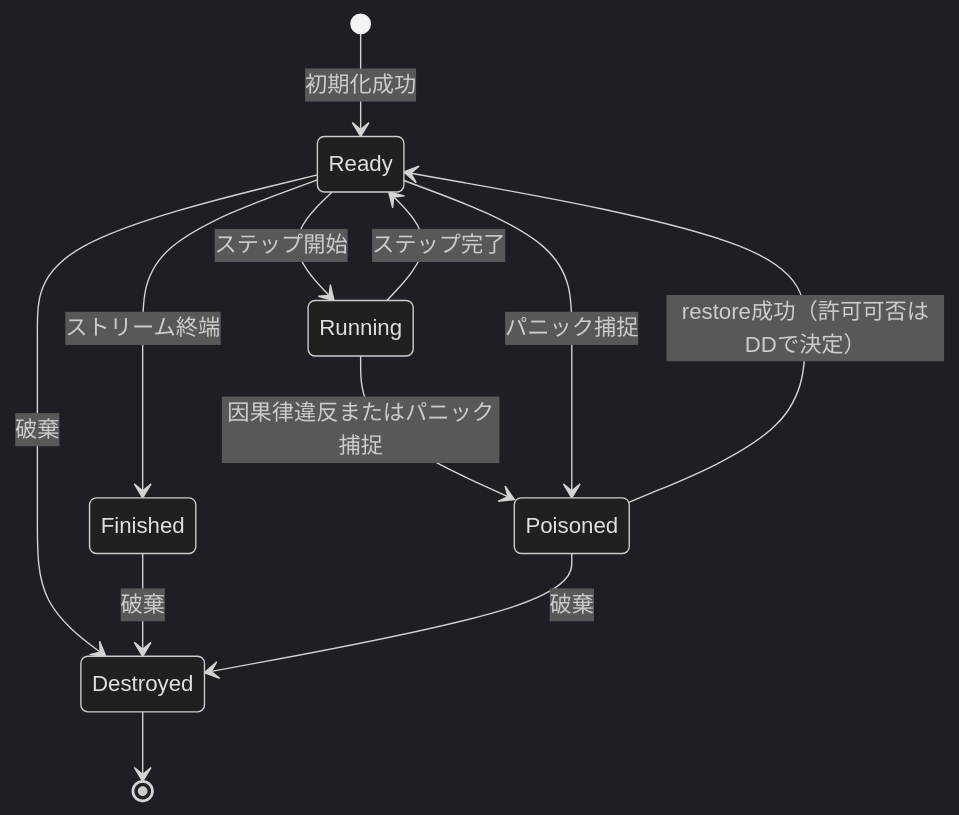
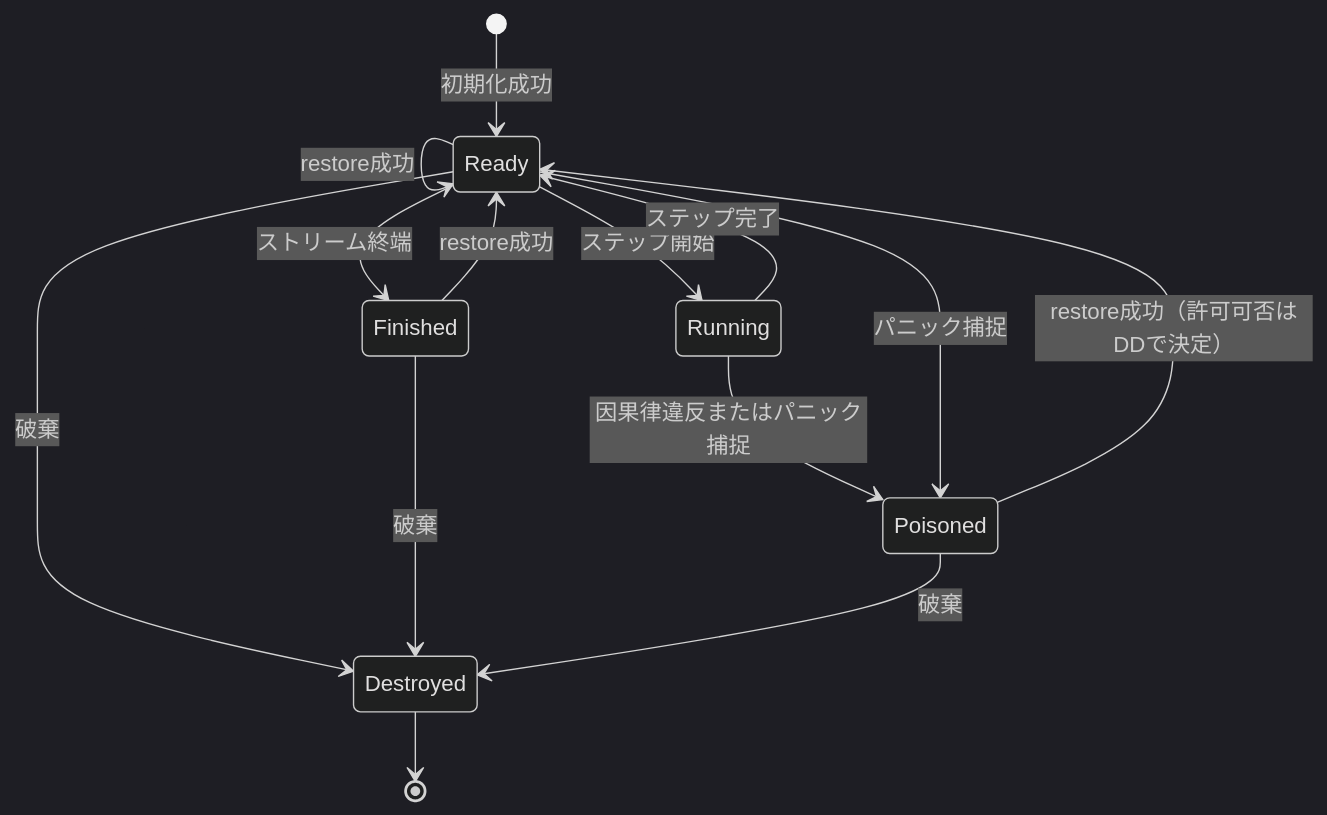
One commit to xzyozi/event_kernel changed the third of 3 diagrams in docs/design/EK-BD-001_基本設計書.md. Above: the diagram before and after it, drawn with Mermaid (dark theme). The commit also changed other lines of this file and 2 other files, not shown here.

````diff
--- a/docs/design/EK-BD-001_基本設計書.md
+++ b/docs/design/EK-BD-001_基本設計書.md
@@ -192,14 +194,16 @@
 ```mermaid
 stateDiagram-v2
     [*] --> Ready: 初期化成功
     Ready --> Running: ステップ開始
     Running --> Ready: ステップ完了
     Ready --> Finished: ストリーム終端
     Running --> Poisoned: 因果律違反またはパニック捕捉
     Ready --> Poisoned: パニック捕捉
     Poisoned --> Ready: restore成功（許可可否はDDで決定）
+    Ready --> Ready: restore成功
+    Finished --> Ready: restore成功
     Ready --> Destroyed: 破棄
     Finished --> Destroyed: 破棄
     Poisoned --> Destroyed: 破棄
     Destroyed --> [*]
 ```
````
